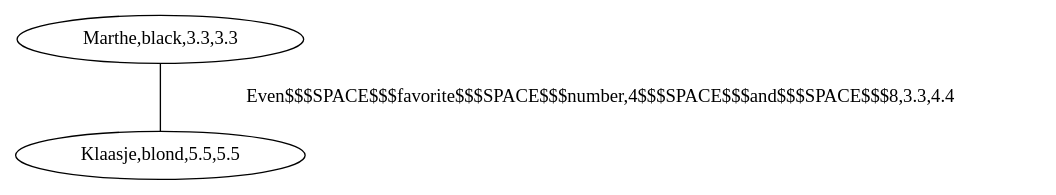
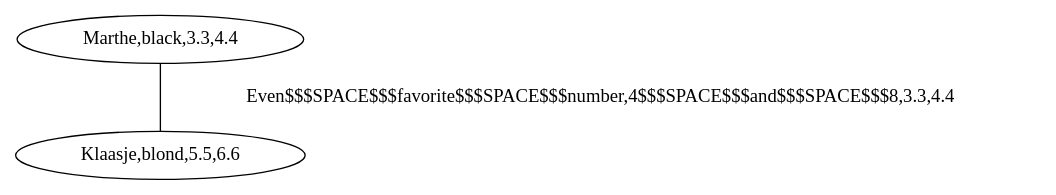
Before and after one commit to richelbilderbeek/boost_graph_cookbook_1: the diagram in BoostGraphTutorial/create_all_direct_neighbour_custom_edges_and_vertices_subgraphs_2.dot, drawn with Graphviz. The commit also changed 69 other files, not shown here.

```diff
--- a/BoostGraphTutorial/create_all_direct_neighbour_custom_edges_and_vertices_subgraphs_2.dot
+++ b/BoostGraphTutorial/create_all_direct_neighbour_custom_edges_and_vertices_subgraphs_2.dot
@@ -1,5 +1,5 @@
 graph G {
-0[label="Klaasje,blond,5.5,5.5"];
-1[label="Marthe,black,3.3,3.3"];
+0[label="Klaasje,blond,5.5,6.6"];
+1[label="Marthe,black,3.3,4.4"];
 1--0 [label="Even$$$SPACE$$$favorite$$$SPACE$$$number,4$$$SPACE$$$and$$$SPACE$$$8,3.3,4.4"];
 }
```
